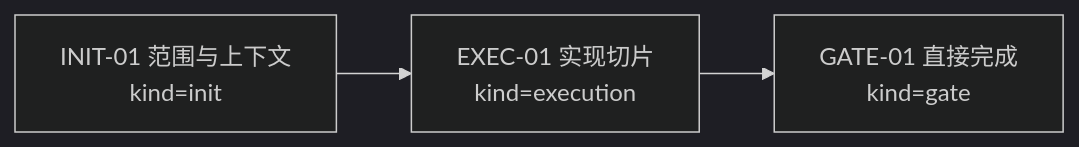
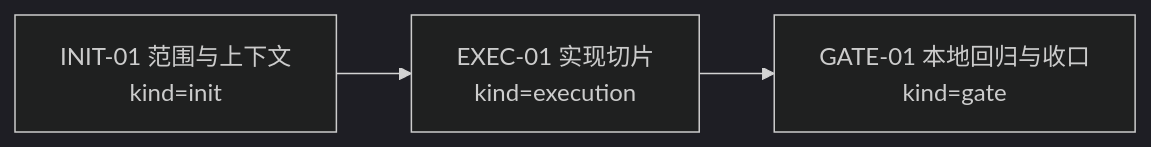
One commit to LnYo-Cly/ai4j changed the first of 2 diagrams in coding-agent-harness/planning/tasks/2026-07-06-rag-incremental-ingest-content-hash-7112b274/visual_map.md. Above: the diagram before and after it, drawn with Mermaid (dark theme). The commit also changed other lines of this file and 35 other files, not shown here.

````diff
--- a/coding-agent-harness/planning/tasks/2026-07-06-rag-incremental-ingest-content-hash-7112b274/visual_map.md
+++ b/coding-agent-harness/planning/tasks/2026-07-06-rag-incremental-ingest-content-hash-7112b274/visual_map.md
@@ -15,5 +16,8 @@
 ```mermaid
 flowchart LR
-  INIT01["INIT-01 范围与上下文\nkind=init"] --> EXEC01["EXEC-01 实现切片\nkind=execution"]
-  EXEC01 --> GATE01["GATE-01 直接完成\nkind=gate"]
+  INIT01["INIT-01 范围与上下文
+kind=init"] --> EXEC01["EXEC-01 实现切片
+kind=execution"]
+  EXEC01 --> GATE01["GATE-01 本地回归与收口
+kind=gate"]
 ```
````
